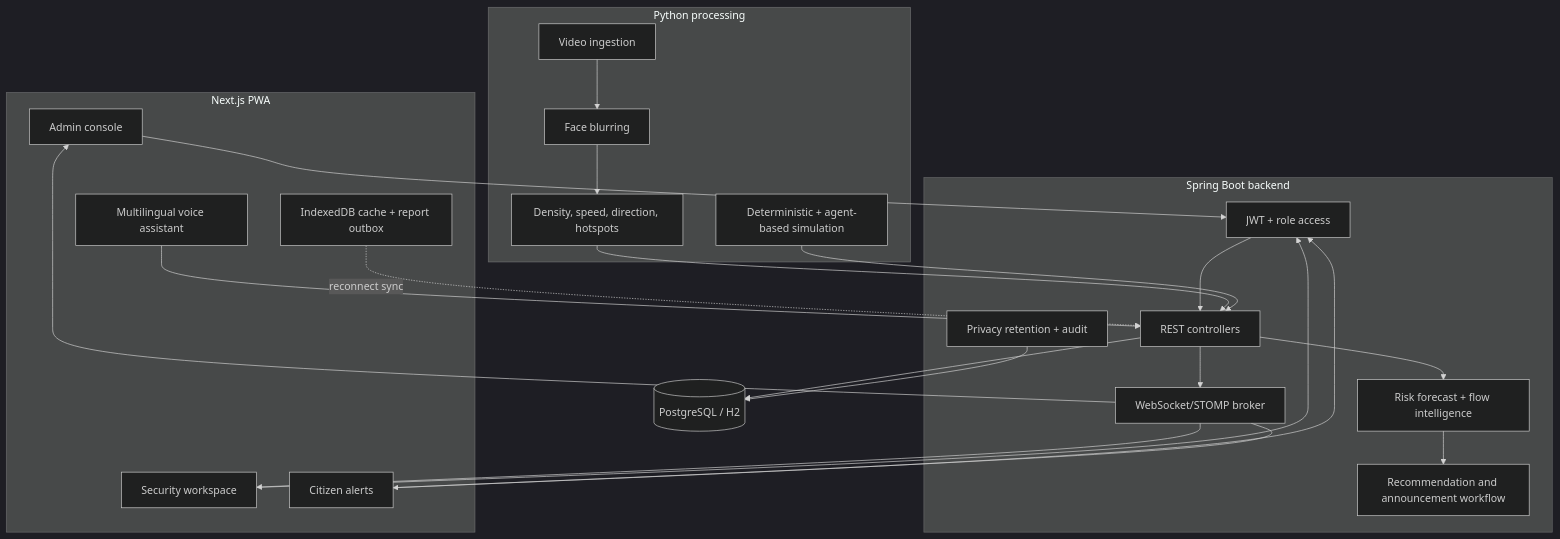
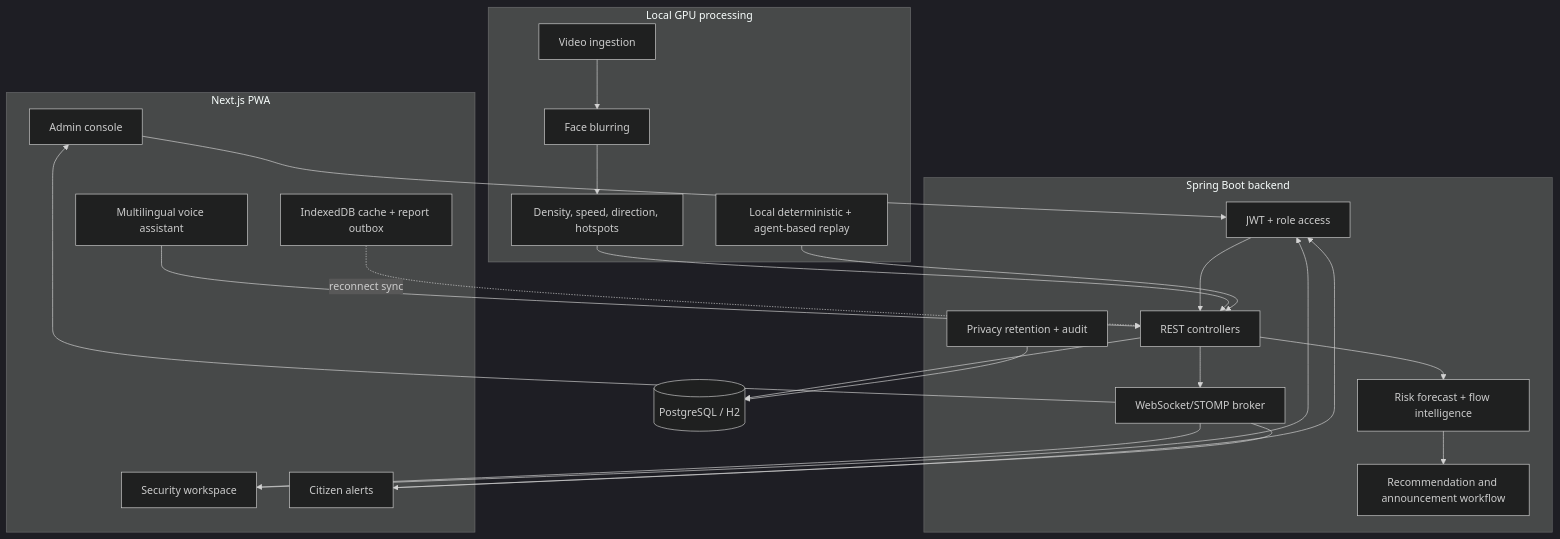
Before and after one commit to SwayamDash07/nirikshan: the second of 5 diagrams in README.md, drawn with Mermaid (dark theme). The commit also changed other lines of this file and 20 other files, not shown here.

Commit message:
Move CV processing to local GPU workers

````diff
--- a/README.md
+++ b/README.md
@@ -29,40 +35,40 @@
 ```mermaid
 graph TD
     subgraph Client[Next.js PWA]
         Admin[Admin console]
         Security[Security workspace]
         Citizen[Citizen alerts]
         Voice[Multilingual voice assistant]
         Offline[IndexedDB cache + report outbox]
     end
     subgraph Backend[Spring Boot backend]
         Auth[JWT + role access]
         API[REST controllers]
         STOMP[WebSocket/STOMP broker]
         Intelligence[Risk forecast + flow intelligence]
         Actions[Recommendation and announcement workflow]
         Privacy[Privacy retention + audit]
     end
-    subgraph Processing[Python processing]
+    subgraph Processing[Local GPU processing]
         Video[Video ingestion]
         Blur[Face blurring]
         Signals[Density, speed, direction, hotspots]
-        Sim[Deterministic + agent-based simulation]
+        Sim[Local deterministic + agent-based replay]
     end
     DB[(PostgreSQL / H2)]
 
     Admin --> Auth --> API
     Security --> Auth
     Citizen --> Auth
     Voice --> API
     Offline -. reconnect sync .-> API
     Video --> Blur --> Signals --> API
     Sim --> API
     API --> Intelligence --> Actions
     API --> STOMP
     API --> DB
     Privacy --> DB
     STOMP --> Admin
     STOMP --> Security
     STOMP --> Citizen
 ```
````
